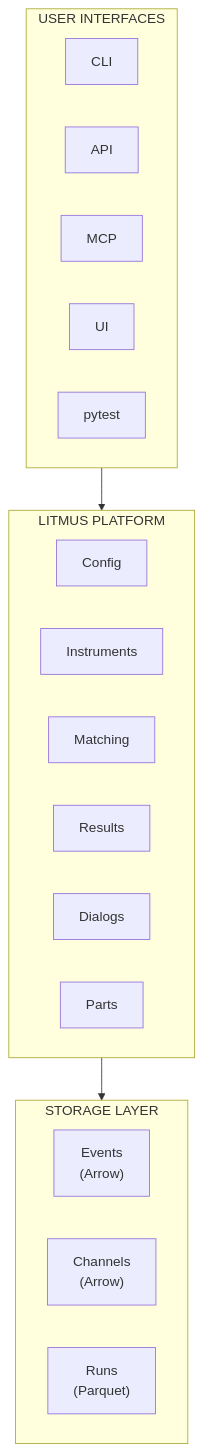
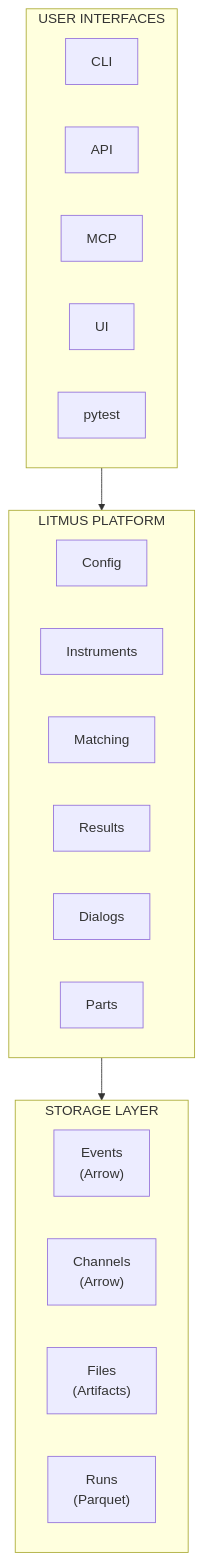
Before and after one commit to pragmatest-dev/testerkit: the second of 2 diagrams in docs/concepts/overview/platform-vs-framework.md, drawn with Mermaid. The commit also changed other lines of this file and 36 other files, not shown here.

````diff
--- a/docs/concepts/overview/platform-vs-framework.md
+++ b/docs/concepts/overview/platform-vs-framework.md
@@ -105,30 +105,31 @@
 ```mermaid
 flowchart TB
     subgraph UI["USER INTERFACES"]
         direction LR
         cli["CLI"]
         api["API"]
         mcp["MCP"]
         nicegui["UI"]
         pytest["pytest"]
     end
 
     subgraph Platform["LITMUS PLATFORM"]
         direction LR
         cfg["Config"]
         instr["Instruments"]
         match["Matching"]
         results["Results"]
         dialogs["Dialogs"]
         parts["Parts"]
     end
 
     subgraph Storage["STORAGE LAYER"]
         direction LR
         events["Events<br/>(Arrow)"]
         channels["Channels<br/>(Arrow)"]
+        files["Files<br/>(Artifacts)"]
         parquet["Runs<br/>(Parquet)"]
     end
 
     UI --> Platform --> Storage
 ```
````
